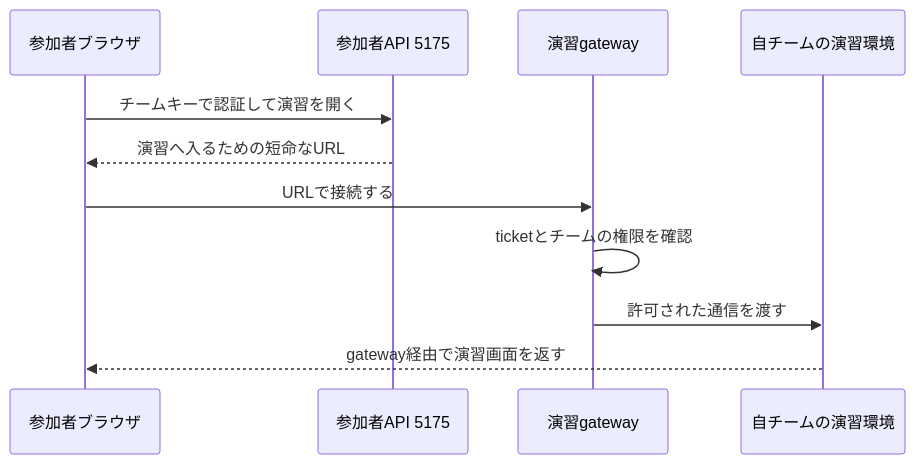
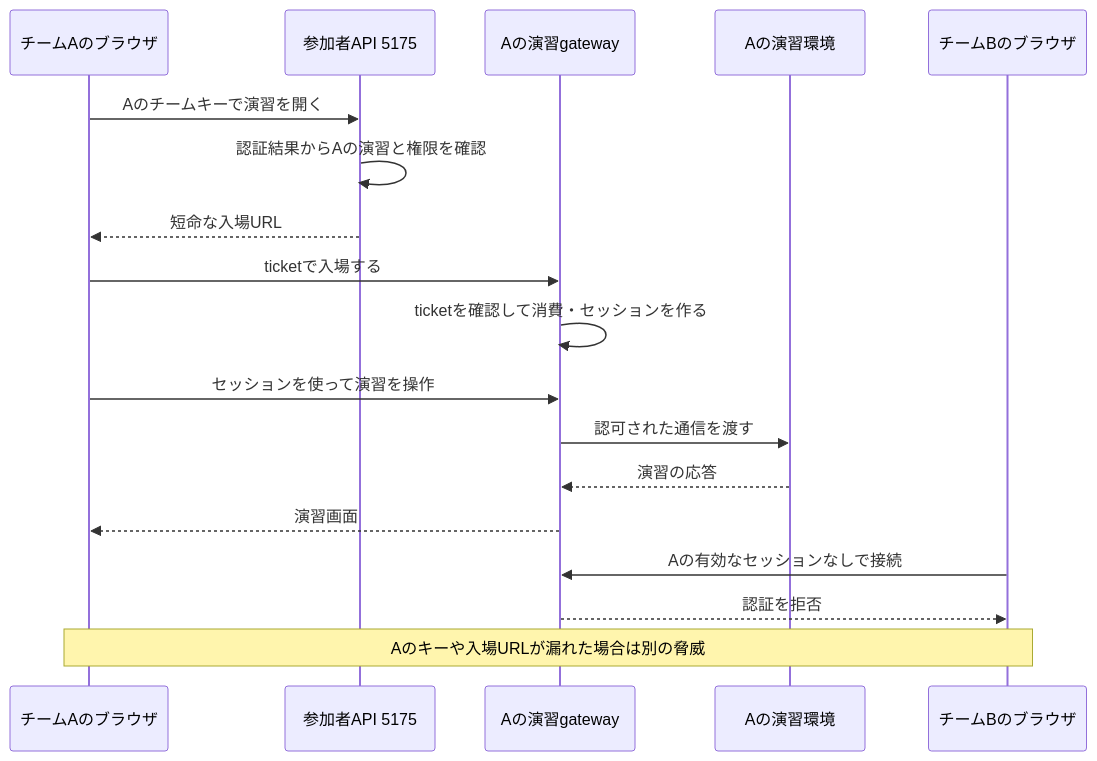
One commit to susumutomita/zenn-article changed the sixth of 7 diagrams in articles/tenkacloud-tailscale-remote-event.md. Above: the diagram before and after it, drawn with Mermaid. The commit also changed other lines of this file, not shown here.

````diff
--- a/articles/tenkacloud-tailscale-remote-event.md
+++ b/articles/tenkacloud-tailscale-remote-event.md
@@ -230,13 +345,20 @@
 ```mermaid
 sequenceDiagram
-  participant B as 参加者ブラウザ
+  participant A as チームAのブラウザ
   participant P as 参加者API 5175
-  participant G as 演習gateway
-  participant C as 自チームの演習環境
-  B->>P: チームキーで認証して演習を開く
-  P-->>B: 演習へ入るための短命なURL
-  B->>G: URLで接続する
-  G->>G: ticketとチームの権限を確認
-  G->>C: 許可された通信を渡す
-  C-->>B: gateway経由で演習画面を返す
+  participant G as Aの演習gateway
+  participant C as Aの演習環境
+  participant B as チームBのブラウザ
+  A->>P: Aのチームキーで演習を開く
+  P->>P: 認証結果からAの演習と権限を確認
+  P-->>A: 短命な入場URL
+  A->>G: ticketで入場する
+  G->>G: ticketを確認して消費・セッションを作る
+  A->>G: セッションを使って演習を操作
+  G->>C: 認可された通信を渡す
+  C-->>G: 演習の応答
+  G-->>A: 演習画面
+  B->>G: Aの有効なセッションなしで接続
+  G-->>B: 認証を拒否
+  Note over A,B: Aのキーや入場URLが漏れた場合は別の脅威
 ```
````
